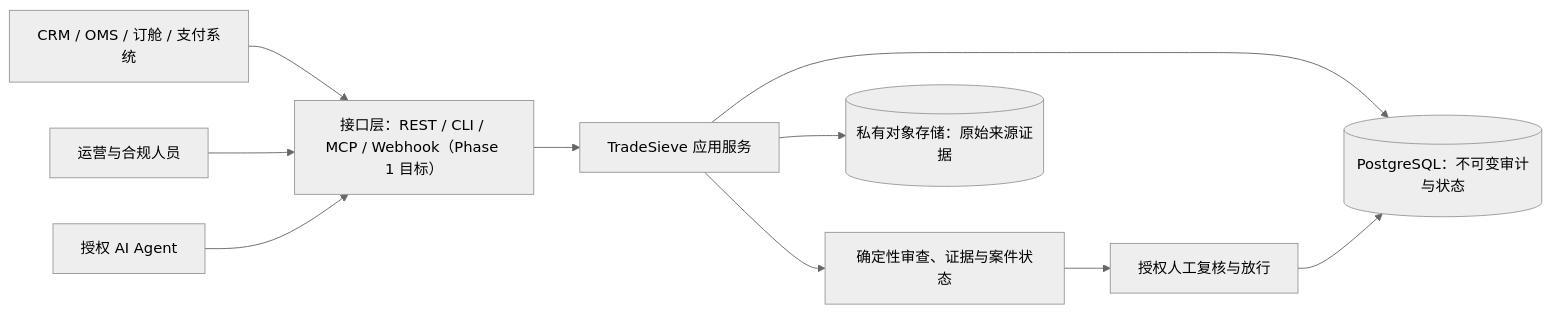
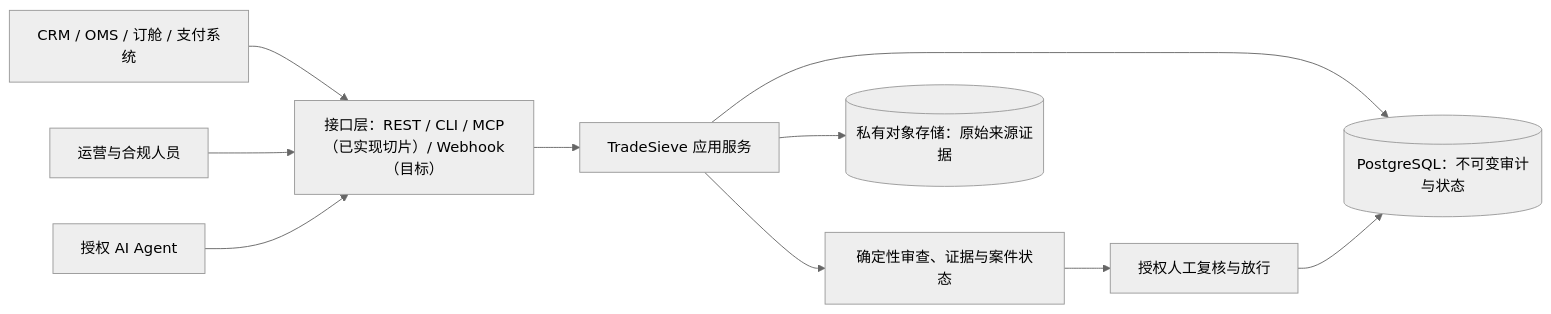
One commit to fyaic/TradeSieve changed the diagram in README.md. Above: the diagram before and after it, drawn with Mermaid (neutral theme). The commit also changed other lines of this file and 42 other files, not shown here.

````diff
--- a/README.md
+++ b/README.md
@@ -27,22 +27,22 @@
 ```mermaid
 flowchart LR
     B["CRM / OMS / 订舱 / 支付系统"]
     U["运营与合规人员"]
     A["授权 AI Agent"]
-    I["接口层：REST / CLI / MCP / Webhook（Phase 1 目标）"]
+    I["接口层：REST / CLI / MCP（已实现切片）/ Webhook（目标）"]
     S["TradeSieve 应用服务"]
     E["确定性审查、证据与案件状态"]
     H["授权人工复核与放行"]
     D[("PostgreSQL：不可变审计与状态")]
     O[("私有对象存储：原始来源证据")]
 
     B --> I
     U --> I
     A --> I
     I --> S
     S --> E
     E --> H
     S --> D
     S --> O
     H --> D
 ```
````
